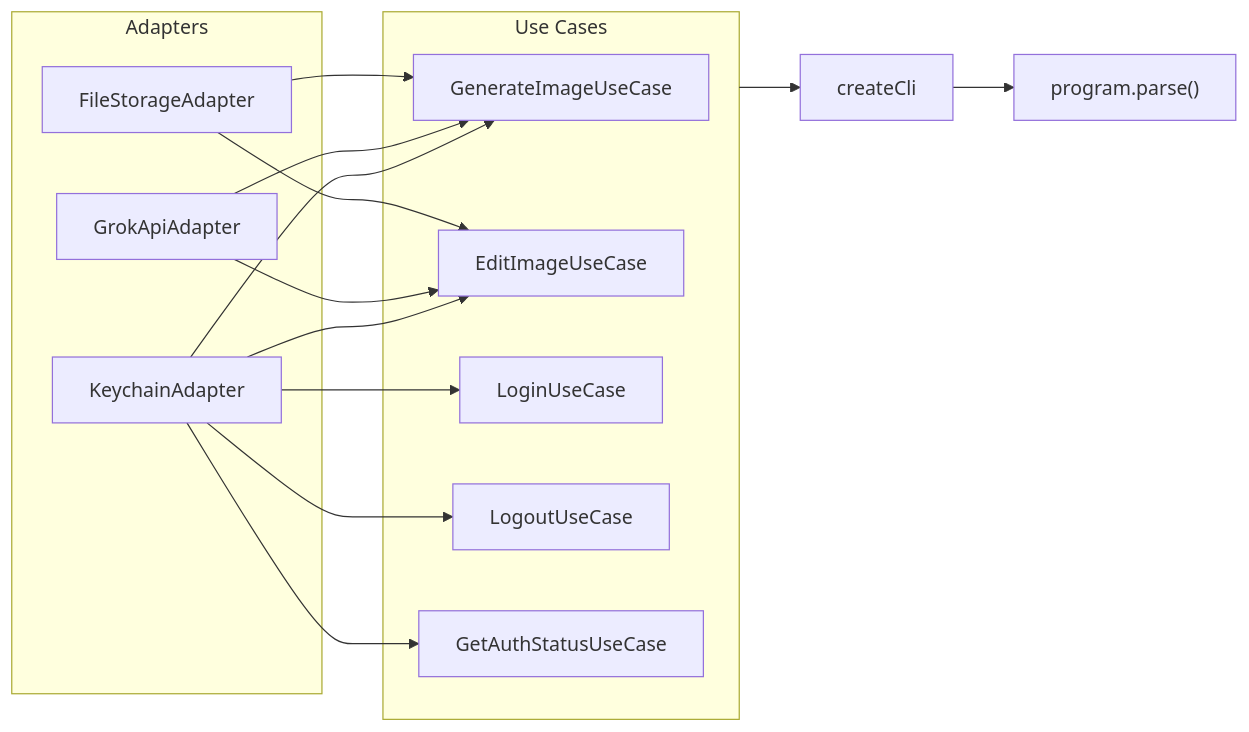
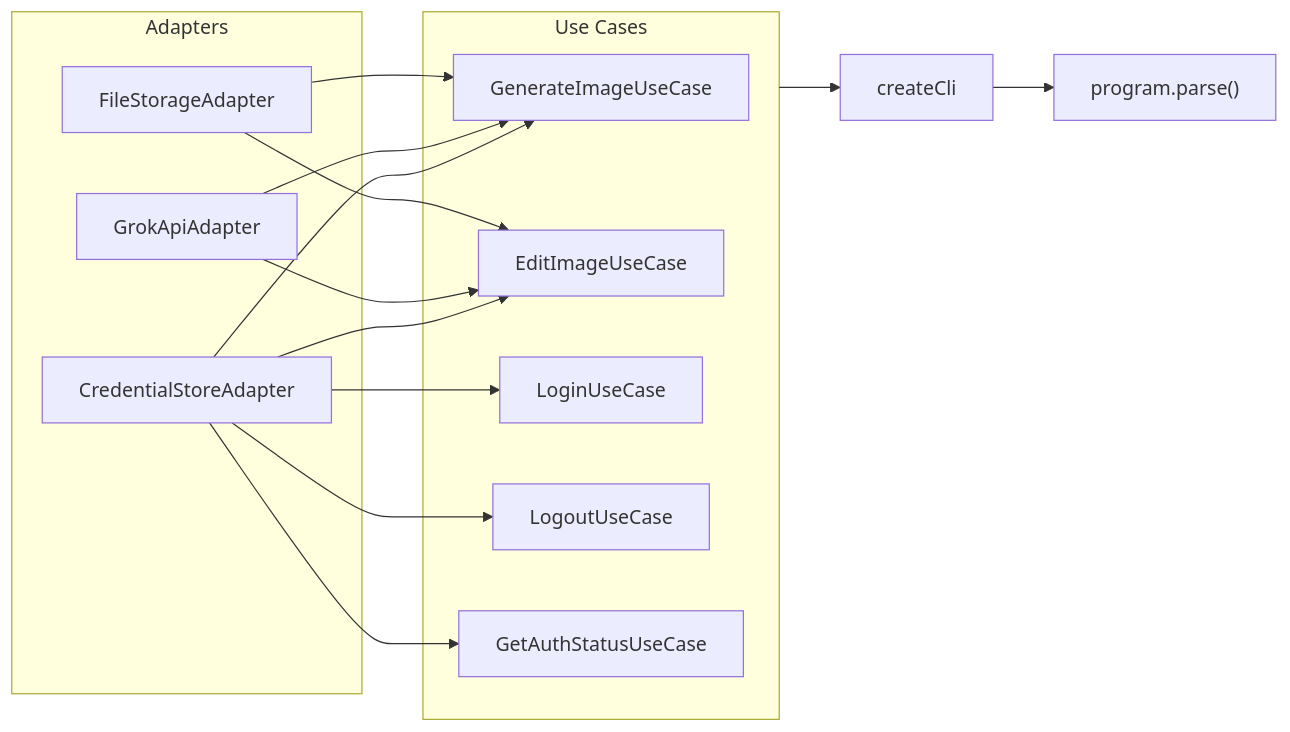
The second of 2 diagrams in spec/architecture.md (cyberash-dev/grok-image-cli), drawn with Mermaid before and after one commit. The commit also changed other lines of this file and 11 other files, not shown here.

````diff
--- a/spec/architecture.md
+++ b/spec/architecture.md
@@ -258,29 +262,29 @@
 ```mermaid
 graph LR
   subgraph adapters [Adapters]
-    KA[KeychainAdapter]
+    KA[CredentialStoreAdapter]
     GA[GrokApiAdapter]
     FA[FileStorageAdapter]
   end
 
   subgraph usecases [Use Cases]
     GenUC[GenerateImageUseCase]
     EditUC[EditImageUseCase]
     LoginUC[LoginUseCase]
     LogoutUC[LogoutUseCase]
     AuthUC[GetAuthStatusUseCase]
   end
 
   KA --> GenUC
   KA --> EditUC
   KA --> LoginUC
   KA --> LogoutUC
   KA --> AuthUC
   GA --> GenUC
   GA --> EditUC
   FA --> GenUC
   FA --> EditUC
 
   usecases --> CLIProgram[createCli]
   CLIProgram --> Parse["program.parse()"]
 ```
````
